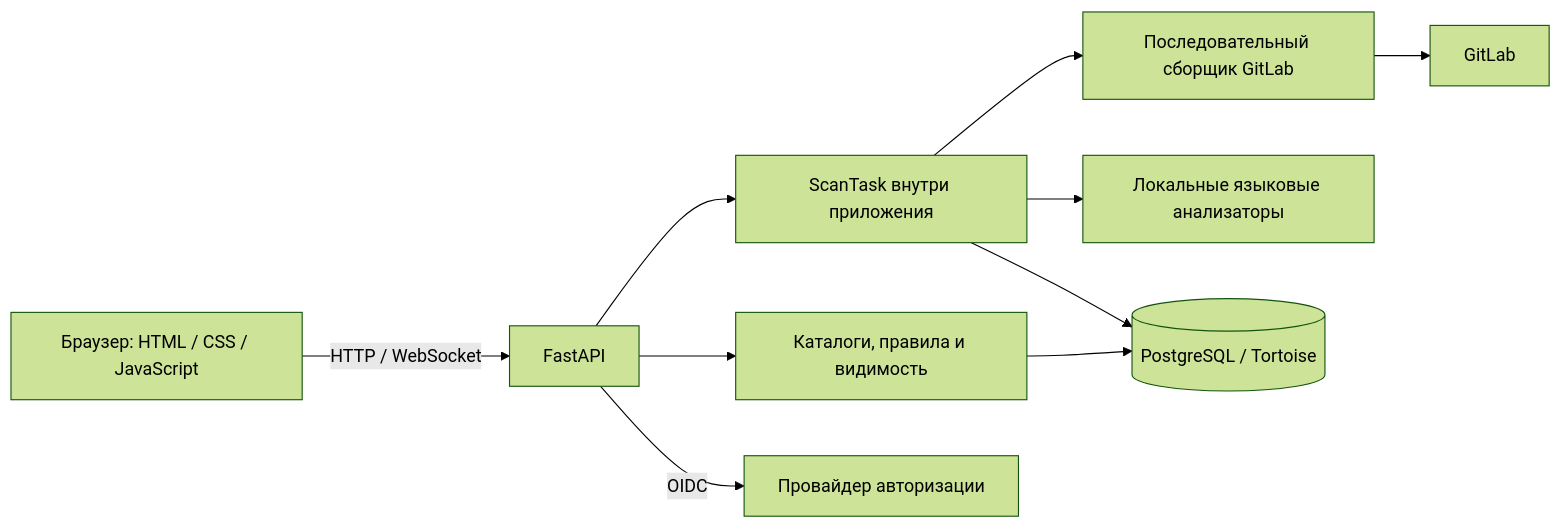
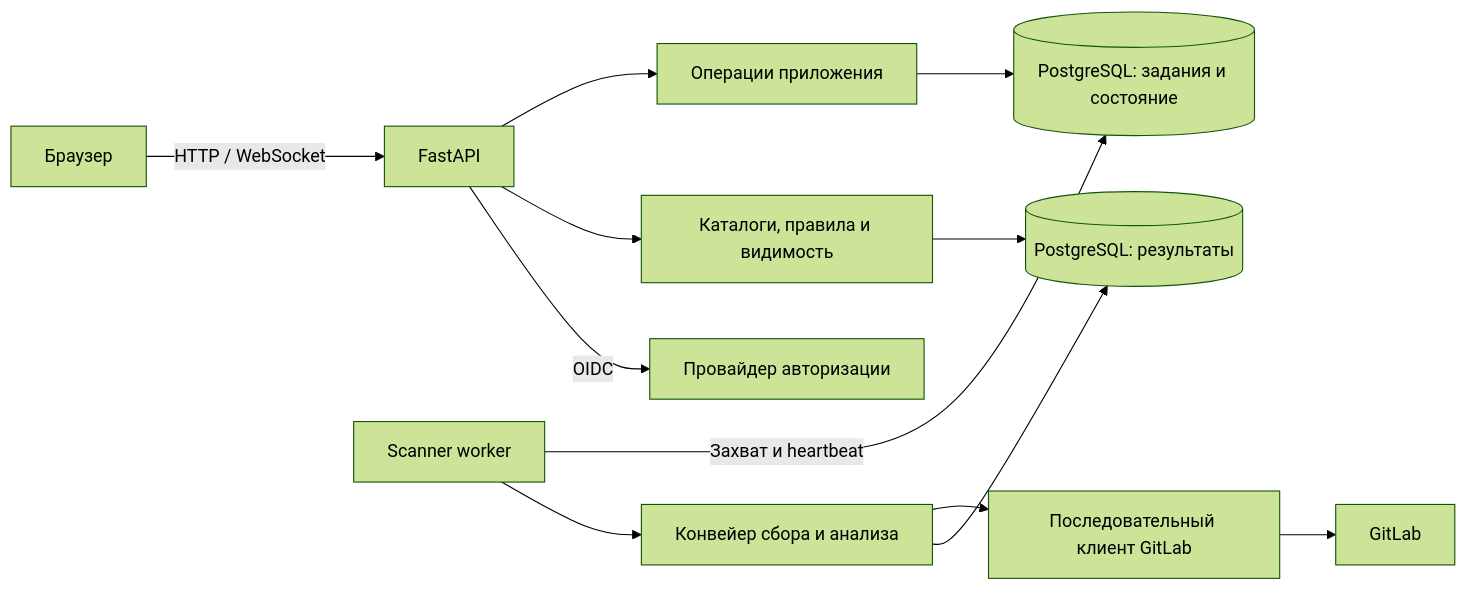
The first of 2 diagrams in docs/architecture.md (valentin-korneev/gitlab-radar), drawn with Mermaid (forest theme) before and after one commit. The commit also changed other lines of this file and 36 other files, not shown here.

````diff
--- a/docs/architecture.md
+++ b/docs/architecture.md
@@ -5,12 +5,14 @@
 ```mermaid
 flowchart LR
-    B[Браузер: HTML / CSS / JavaScript] -->|HTTP / WebSocket| W[FastAPI]
+    B[Браузер] -->|HTTP / WebSocket| W[FastAPI]
+    W --> A[Операции приложения]
     W --> R[Каталоги, правила и видимость]
-    W --> S[ScanTask внутри приложения]
     W -->|OIDC| O[Провайдер авторизации]
-    S --> C[Последовательный сборщик GitLab]
+    A --> Q[(PostgreSQL: задания и состояние)]
+    S[Scanner worker] -->|Захват и heartbeat| Q
+    S --> P[Конвейер сбора и анализа]
+    P --> C[Последовательный клиент GitLab]
     C --> G[GitLab]
-    S --> A[Локальные языковые анализаторы]
-    R --> D[(PostgreSQL / Tortoise)]
-    S --> D
+    P --> D[(PostgreSQL: результаты)]
+    R --> D
 ```
````
